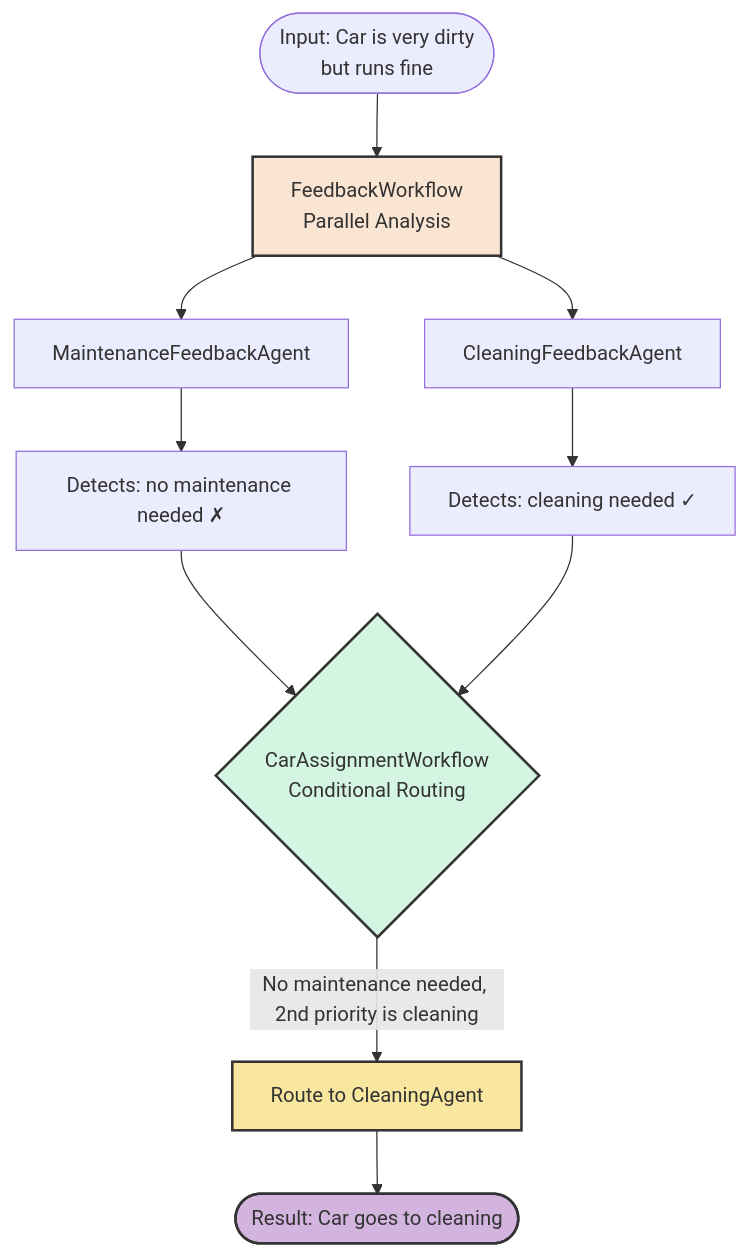
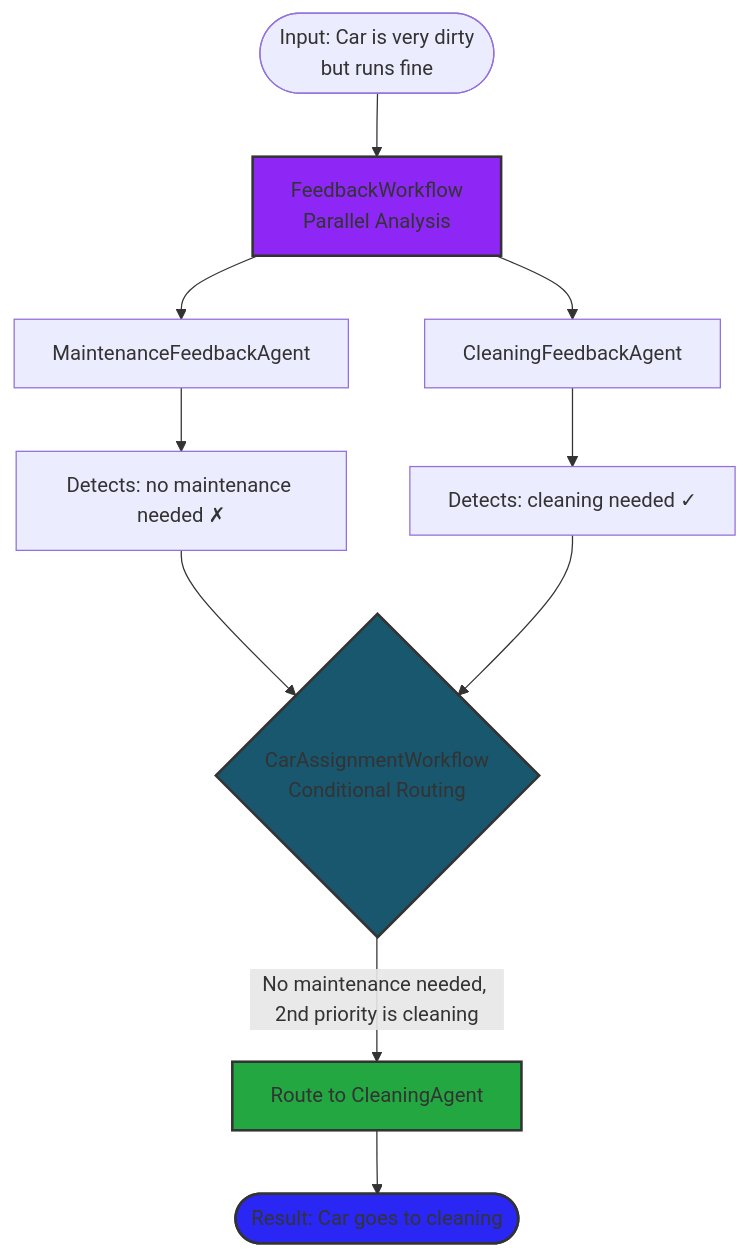
The fifth of 6 diagrams in docs/docs/section-2/step-03.md (OpenLiberty/liberty-workshop-langchain4j), drawn with Mermaid before and after one commit. The commit also changed other lines of this file and 12 other files, not shown here.

````diff
--- a/docs/docs/section-2/step-03.md
+++ b/docs/docs/section-2/step-03.md
@@ -270,23 +301,23 @@
 ```mermaid
 flowchart TD
     Start([Input: Car is very dirty<br/>but runs fine])
     
     Start --> FW[FeedbackWorkflow<br/>Parallel Analysis]
     
     FW --> MFA[MaintenanceFeedbackAgent]
     FW --> CFA[CleaningFeedbackAgent]
     
     MFA --> MR[Detects: no maintenance needed ✗]
     CFA --> CR[Detects: cleaning needed ✓]
     
     MR --> CAW{CarAssignmentWorkflow<br/>Conditional Routing}
     CR --> CAW
     
     CAW -->|No maintenance needed, 2nd priority is cleaning| CA[Route to CleaningAgent]
     CA --> Result([Result: Car goes to cleaning])
     
-    style FW fill:#FAE5D3,stroke:#333,stroke-width:2,color:#333
-    style CAW fill:#D5F5E3,stroke:#333,stroke-width:2,color:#333
-    style CA fill:#F9E79F,stroke:#333,stroke-width:2,color:#333
-    style Result fill:#D2B4DE,stroke:#333,stroke-width:2,color:#333
+    style FW fill:#8E27F5,stroke:#333,stroke-width:2,color:#333
+    style CAW fill:#19576E,stroke:#333,stroke-width:2,color:#333
+    style CA fill:#23A841,stroke:#333,stroke-width:2,color:#333
+    style Result fill:#2A27F5,stroke:#333,stroke-width:2,color:#333
 ```
````
